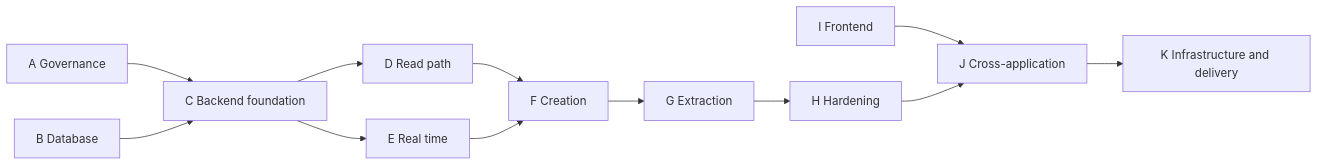
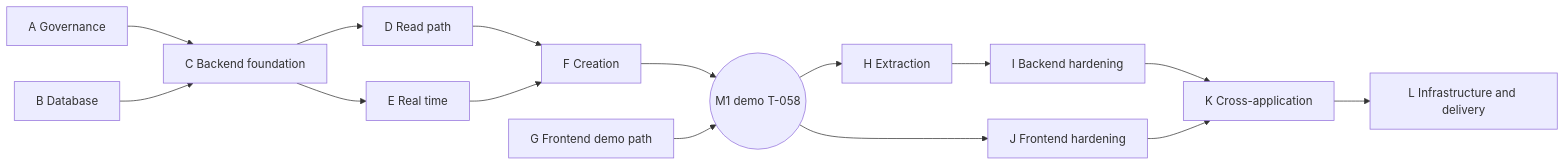
One commit to alex-talan/klesia-project changed the diagram in roadmap/roadmap.md. Above: the diagram before and after it, drawn with Mermaid. The commit also changed other lines of this file and 97 other files, not shown here.

````diff
--- a/roadmap/roadmap.md
+++ b/roadmap/roadmap.md
@@ -124,11 +127,14 @@
 ```mermaid
 flowchart LR
     A[A Governance] --> C[C Backend foundation]
     B[B Database] --> C
     C --> D[D Read path] --> F[F Creation]
     C --> E[E Real time] --> F
-    F --> G[G Extraction] --> H[H Hardening]
-    I[I Frontend] --> J[J Cross-application]
-    H --> J
-    J --> K[K Infrastructure and delivery]
+    F --> M1((M1 demo T-058))
+    G[G Frontend demo path] --> M1
+    M1 --> H[H Extraction] --> I[I Backend hardening]
+    M1 --> J[J Frontend hardening]
+    I --> K[K Cross-application]
+    J --> K
+    K --> L[L Infrastructure and delivery]
 ```
````
